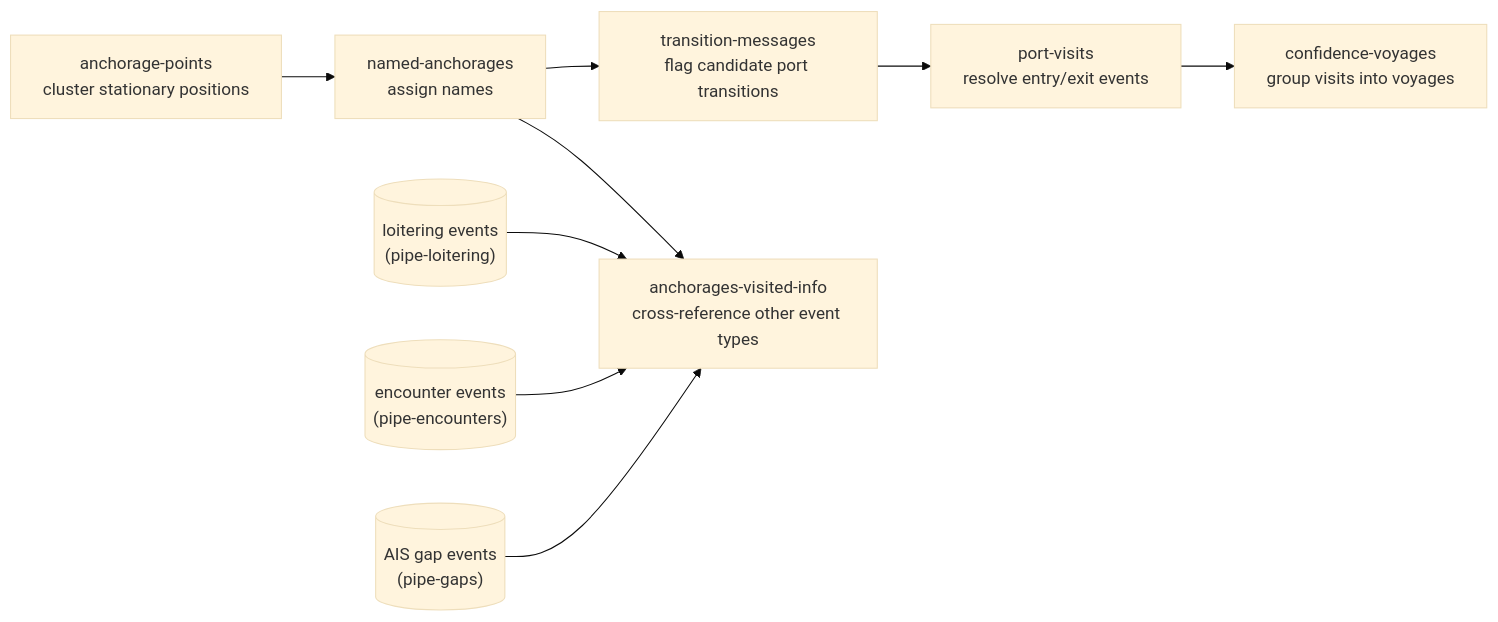
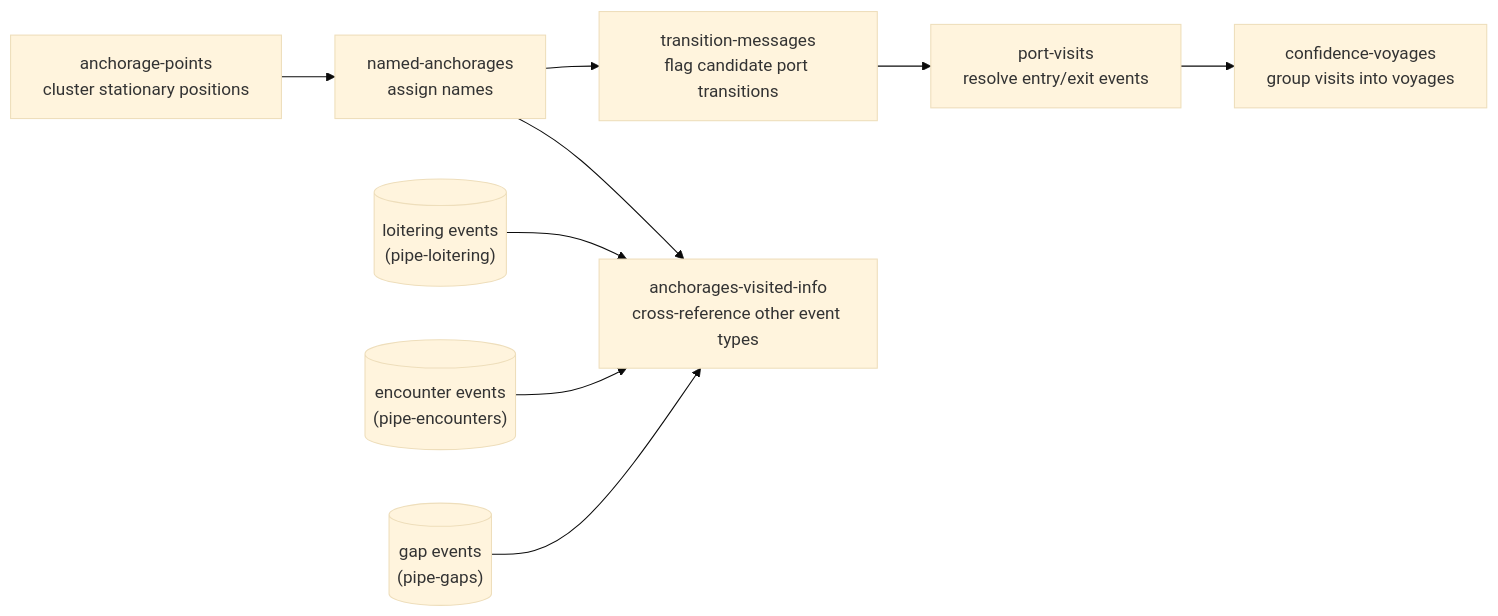
The diagram in README.md (GlobalFishingWatch/pipe-anchorages), drawn with Mermaid (base theme) before and after one commit. The commit also changed other lines of this file, not shown here.

First line of the commit message:
Drop the AIS qualifier from gap events in the README

````diff
--- a/README.md
+++ b/README.md
@@ -71,18 +71,18 @@
 ```mermaid
 flowchart LR
     AP["anchorage-points<br/>cluster stationary positions"]
     NA["named-anchorages<br/>assign names"]
     TM["transition-messages<br/>flag candidate port transitions"]
     PV["port-visits<br/>resolve entry/exit events"]
     CV["confidence-voyages<br/>group visits into voyages"]
     AVI["anchorages-visited-info<br/>cross-reference other event types"]
     LOI[("loitering events<br/>(pipe-loitering)")]
     ENC[("encounter events<br/>(pipe-encounters)")]
-    GAP[("AIS gap events<br/>(pipe-gaps)")]
+    GAP[("gap events<br/>(pipe-gaps)")]
 
     AP --> NA --> TM --> PV --> CV
     NA --> AVI
     LOI --> AVI
     ENC --> AVI
     GAP --> AVI
 ```
````
